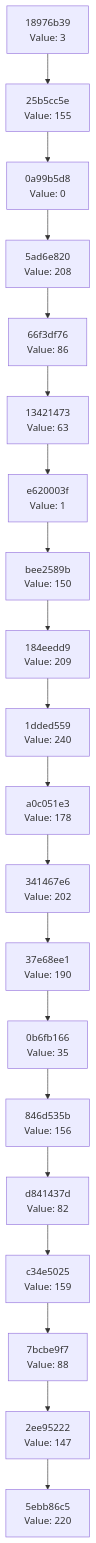
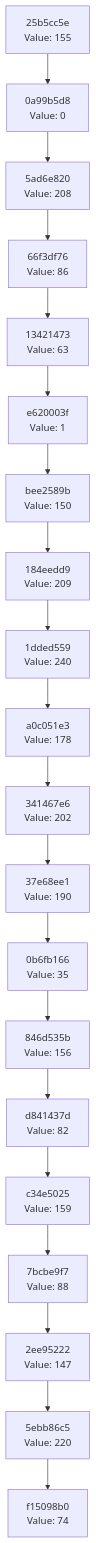
The diagram in docs/CHAIN_VISUALIZATION.md (Abhisheksinha1506/hash-chain-evolver), drawn with Mermaid before and after one commit. The commit also changed 3 other files, not shown here.

````diff
--- a/docs/CHAIN_VISUALIZATION.md
+++ b/docs/CHAIN_VISUALIZATION.md
@@ -3,42 +3,42 @@
 ```mermaid
 graph TD
-    C0["5ebb86c5<br/>Value: 220"]
-    C1["2ee95222<br/>Value: 147"]
+    C0["f15098b0<br/>Value: 74"]
+    C1["5ebb86c5<br/>Value: 220"]
     C1 --> C0
-    C2["7bcbe9f7<br/>Value: 88"]
+    C2["2ee95222<br/>Value: 147"]
     C2 --> C1
-    C3["c34e5025<br/>Value: 159"]
+    C3["7bcbe9f7<br/>Value: 88"]
     C3 --> C2
-    C4["d841437d<br/>Value: 82"]
+    C4["c34e5025<br/>Value: 159"]
     C4 --> C3
-    C5["846d535b<br/>Value: 156"]
+    C5["d841437d<br/>Value: 82"]
     C5 --> C4
-    C6["0b6fb166<br/>Value: 35"]
+    C6["846d535b<br/>Value: 156"]
     C6 --> C5
-    C7["37e68ee1<br/>Value: 190"]
+    C7["0b6fb166<br/>Value: 35"]
     C7 --> C6
-    C8["341467e6<br/>Value: 202"]
+    C8["37e68ee1<br/>Value: 190"]
     C8 --> C7
-    C9["a0c051e3<br/>Value: 178"]
+    C9["341467e6<br/>Value: 202"]
     C9 --> C8
-    C10["1dded559<br/>Value: 240"]
+    C10["a0c051e3<br/>Value: 178"]
     C10 --> C9
-    C11["184eedd9<br/>Value: 209"]
+    C11["1dded559<br/>Value: 240"]
     C11 --> C10
-    C12["bee2589b<br/>Value: 150"]
+    C12["184eedd9<br/>Value: 209"]
     C12 --> C11
-    C13["e620003f<br/>Value: 1"]
+    C13["bee2589b<br/>Value: 150"]
     C13 --> C12
-    C14["13421473<br/>Value: 63"]
+    C14["e620003f<br/>Value: 1"]
     C14 --> C13
-    C15["66f3df76<br/>Value: 86"]
+    C15["13421473<br/>Value: 63"]
     C15 --> C14
-    C16["5ad6e820<br/>Value: 208"]
+    C16["66f3df76<br/>Value: 86"]
     C16 --> C15
-    C17["0a99b5d8<br/>Value: 0"]
+    C17["5ad6e820<br/>Value: 208"]
     C17 --> C16
-    C18["25b5cc5e<br/>Value: 155"]
+    C18["0a99b5d8<br/>Value: 0"]
     C18 --> C17
-    C19["18976b39<br/>Value: 3"]
+    C19["25b5cc5e<br/>Value: 155"]
     C19 --> C18
 ```
````
